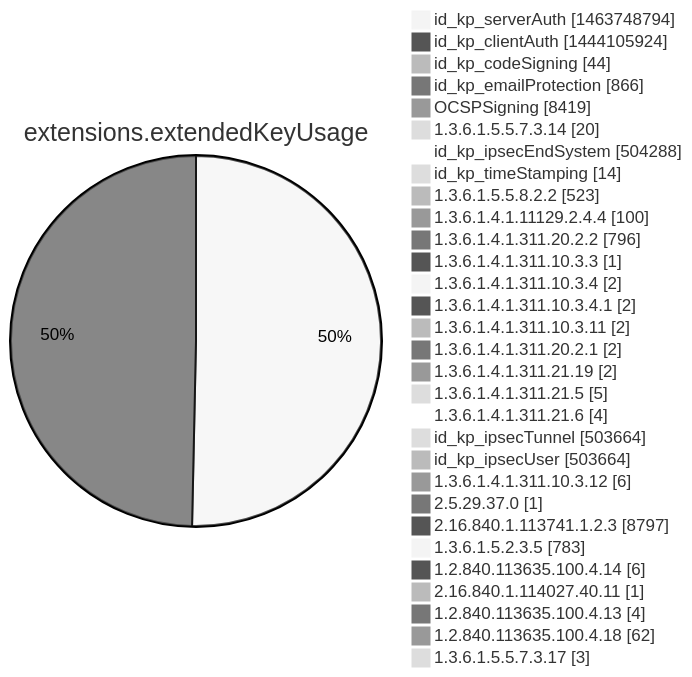
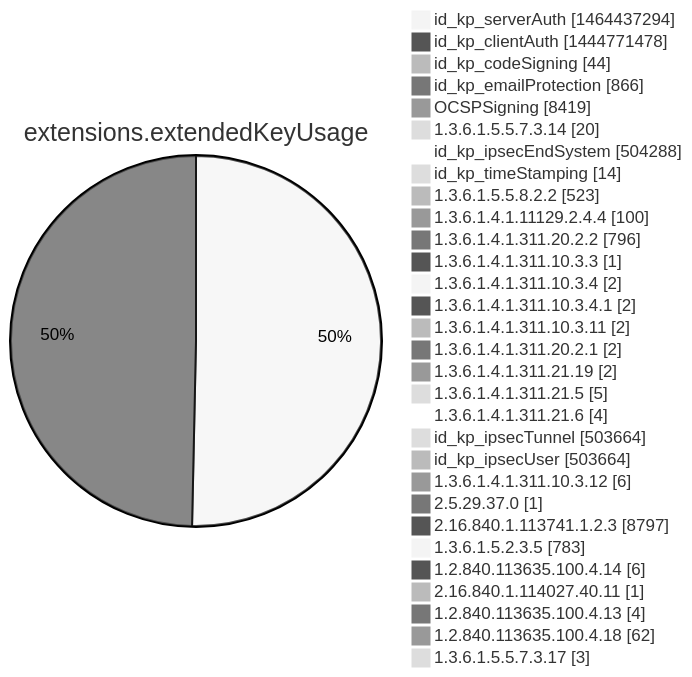
One commit to christiankrug/ctmonitor_visualization changed diagram 12 of 15 in argon2022/README.md. Above: the diagram before and after it, drawn with Mermaid (neutral theme). The commit also changed other lines of this file, not shown here.

````diff
--- a/argon2022/README.md
+++ b/argon2022/README.md
@@ -3555,34 +3555,34 @@
 ```mermaid
 pie showData
 title extensions.extendedKeyUsage
-"id_kp_serverAuth" :1463748794
-"id_kp_clientAuth" :1444105924
+"id_kp_serverAuth" :1464437294
+"id_kp_clientAuth" :1444771478
 "id_kp_codeSigning" :44
 "id_kp_emailProtection" :866
 "OCSPSigning" :8419
 "1.3.6.1.5.5.7.3.14" :20
 "id_kp_ipsecEndSystem" :504288
 "id_kp_timeStamping" :14
 "1.3.6.1.5.5.8.2.2" :523
 "1.3.6.1.4.1.11129.2.4.4" :100
 "1.3.6.1.4.1.311.20.2.2" :796
 "1.3.6.1.4.1.311.10.3.3" :1
 "1.3.6.1.4.1.311.10.3.4" :2
 "1.3.6.1.4.1.311.10.3.4.1" :2
 "1.3.6.1.4.1.311.10.3.11" :2
 "1.3.6.1.4.1.311.20.2.1" :2
 "1.3.6.1.4.1.311.21.19" :2
 "1.3.6.1.4.1.311.21.5" :5
 "1.3.6.1.4.1.311.21.6" :4
 "id_kp_ipsecTunnel" :503664
 "id_kp_ipsecUser" :503664
 "1.3.6.1.4.1.311.10.3.12" :6
 "2.5.29.37.0" :1
 "2.16.840.1.113741.1.2.3" :8797
 "1.3.6.1.5.2.3.5" :783
 "1.2.840.113635.100.4.14" :6
 "2.16.840.1.114027.40.11" :1
 "1.2.840.113635.100.4.13" :4
 "1.2.840.113635.100.4.18" :62
 "1.3.6.1.5.5.7.3.17" :3
 ```
````
